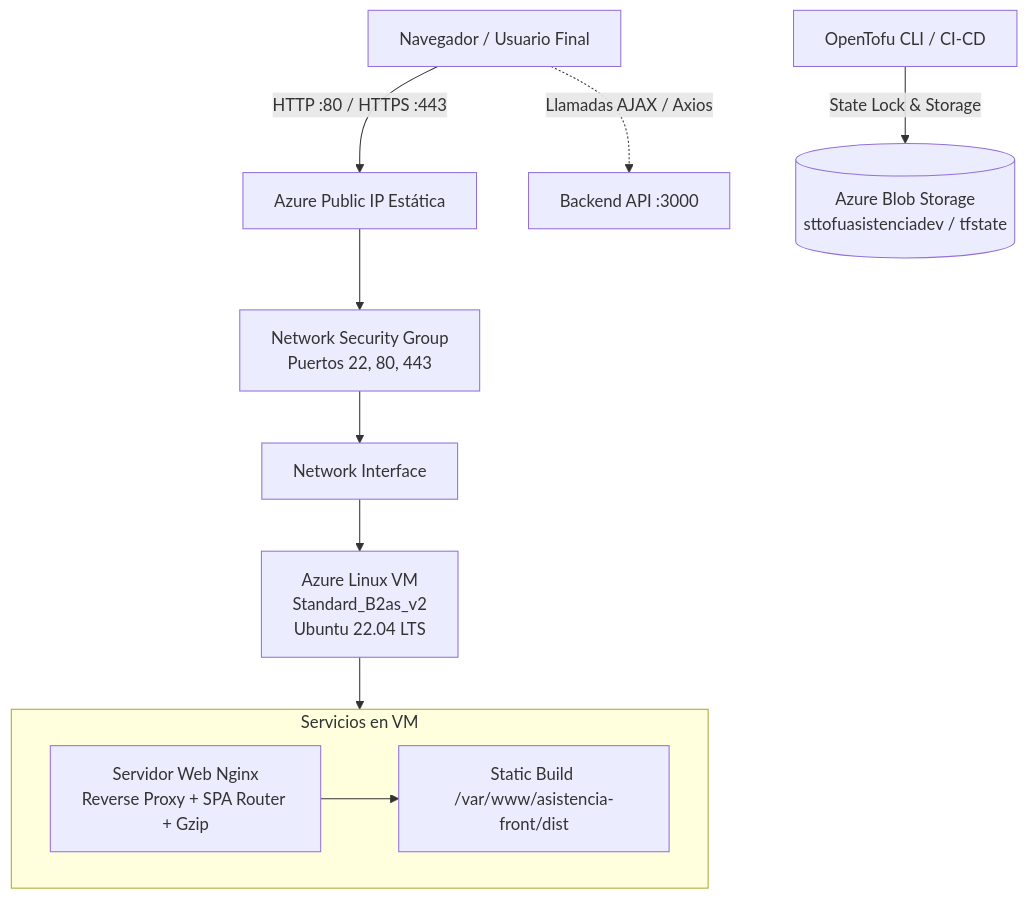
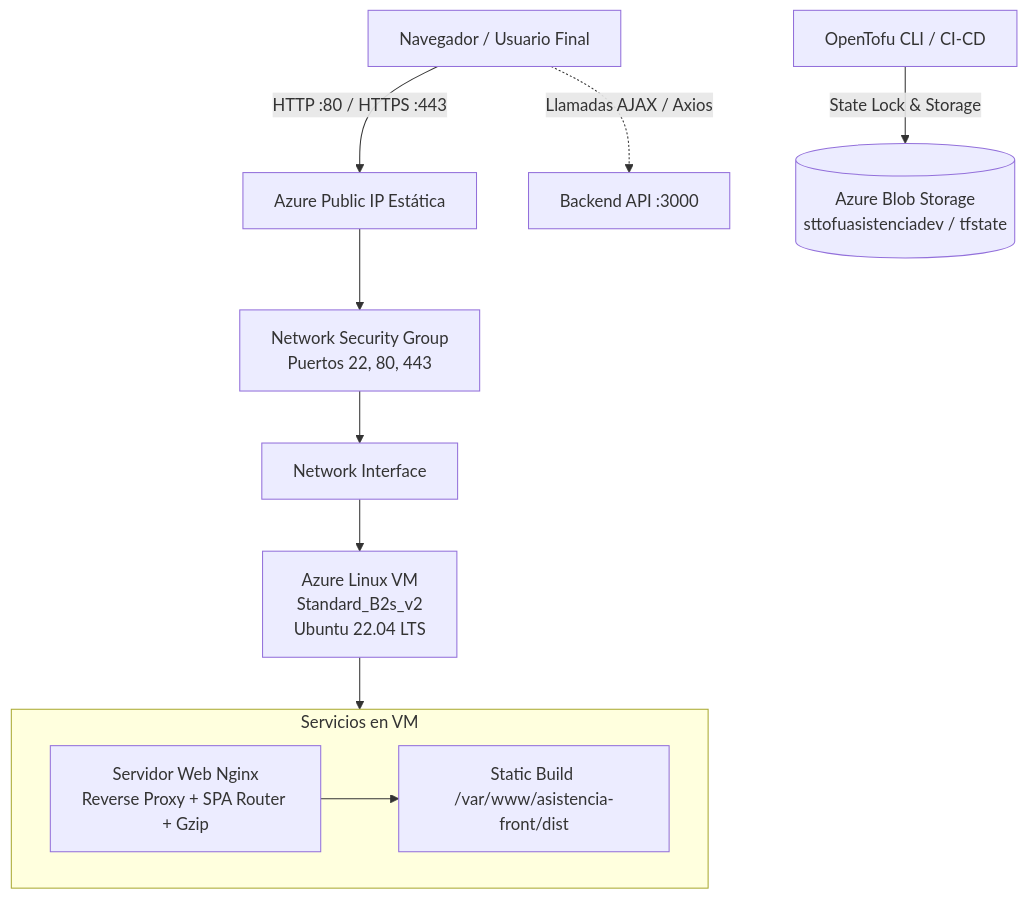
The diagram in README.md (modulo2-IaC/azure-OpenTofu-frontend), drawn with Mermaid before and after one commit. The commit also changed other lines of this file and 2 other files, not shown here.

Commit message:
fix(compute): actualizar tamano de VM a Standard_B2s_v2

````diff
--- a/README.md
+++ b/README.md
@@ -9,15 +9,15 @@
 ```mermaid
 graph TD
     User[Navegador / Usuario Final] -->|HTTP :80 / HTTPS :443| PIP[Azure Public IP Estática]
     PIP --> NSG[Network Security Group<br/>Puertos 22, 80, 443]
     NSG --> NIC[Network Interface]
-    NIC --> VM[Azure Linux VM<br/>Standard_B2as_v2<br/>Ubuntu 22.04 LTS]
+    NIC --> VM[Azure Linux VM<br/>Standard_B2s_v2<br/>Ubuntu 22.04 LTS]
     subgraph VM_Internal [Servicios en VM]
         Nginx[Servidor Web Nginx<br/>Reverse Proxy + SPA Router + Gzip]
         StaticFiles[Static Build /var/www/asistencia-front/dist]
         Nginx --> StaticFiles
     end
     VM --> VM_Internal
     User -.->|Llamadas AJAX / Axios| BackendAPI[Backend API :3000]
     Tofu[OpenTofu CLI / CI-CD] -->|State Lock & Storage| AzureBlob[(Azure Blob Storage<br/>sttofuasistenciadev / tfstate)]
 ```
````
